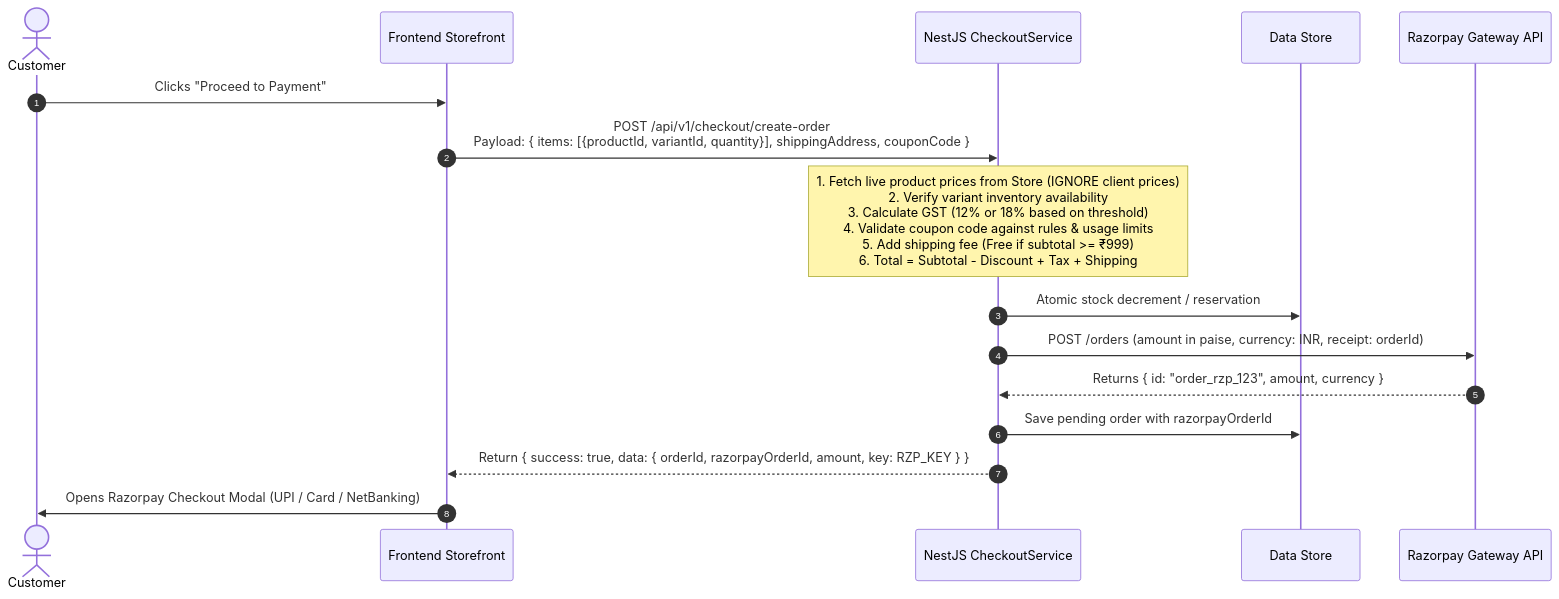
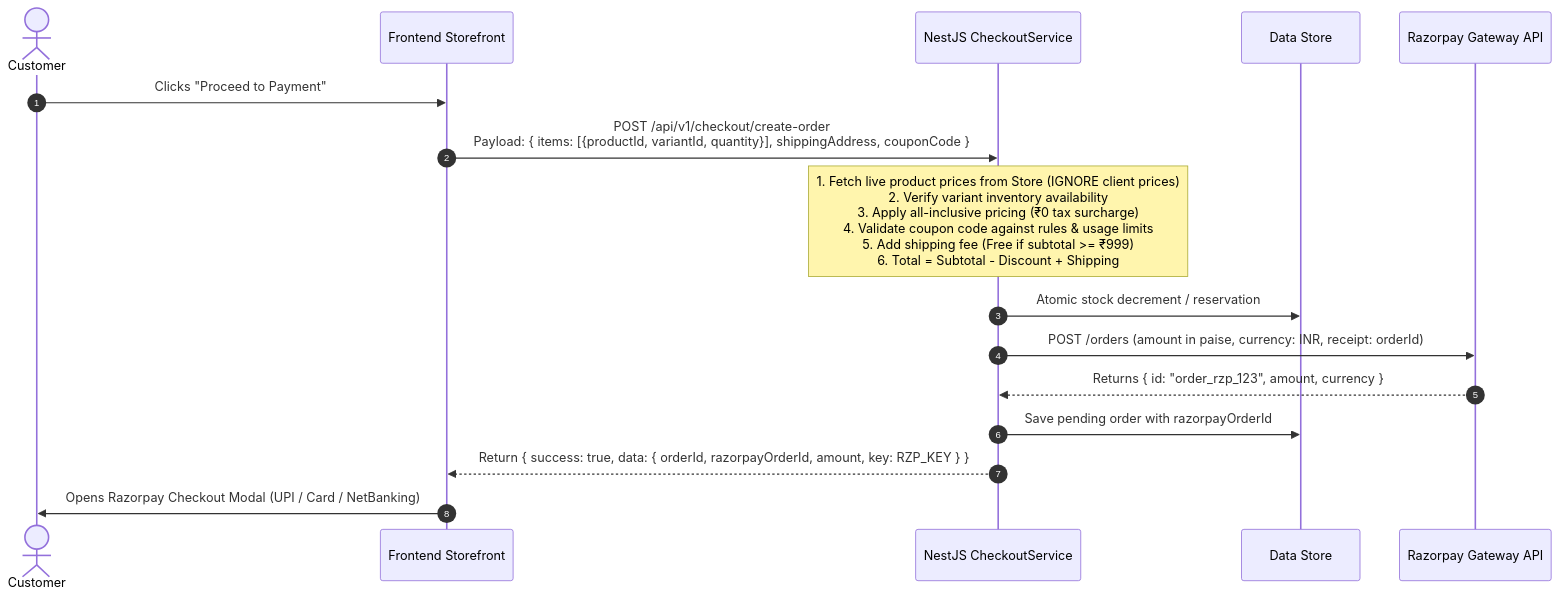
The third of 5 diagrams in architecture.md (maniprasad76/Bingooo), drawn with Mermaid before and after one commit. The commit also changed 24 other files, not shown here.

Commit message:
feat(commerce): remove GST tax surcharges and switch to all-inclusive pricing

````diff
--- a/architecture.md
+++ b/architecture.md
@@ -282,19 +282,19 @@
 ```mermaid
 sequenceDiagram
     autonumber
     actor User as Customer
     participant Front as Frontend Storefront
     participant API as NestJS CheckoutService
     participant Store as Data Store
     participant RZP as Razorpay Gateway API
 
     User->>Front: Clicks "Proceed to Payment"
     Front->>API: POST /api/v1/checkout/create-order<br/>Payload: { items: [{productId, variantId, quantity}], shippingAddress, couponCode }
-    Note over API: 1. Fetch live product prices from Store (IGNORE client prices)<br/>2. Verify variant inventory availability<br/>3. Calculate GST (12% or 18% based on threshold)<br/>4. Validate coupon code against rules & usage limits<br/>5. Add shipping fee (Free if subtotal >= ₹999)<br/>6. Total = Subtotal - Discount + Tax + Shipping
+    Note over API: 1. Fetch live product prices from Store (IGNORE client prices)<br/>2. Verify variant inventory availability<br/>3. Apply all-inclusive pricing (₹0 tax surcharge)<br/>4. Validate coupon code against rules & usage limits<br/>5. Add shipping fee (Free if subtotal >= ₹999)<br/>6. Total = Subtotal - Discount + Shipping
     API->>Store: Atomic stock decrement / reservation
     API->>RZP: POST /orders (amount in paise, currency: INR, receipt: orderId)
     RZP-->>API: Returns { id: "order_rzp_123", amount, currency }
     API->>Store: Save pending order with razorpayOrderId
     API-->>Front: Return { success: true, data: { orderId, razorpayOrderId, amount, key: RZP_KEY } }
     Front->>User: Opens Razorpay Checkout Modal (UPI / Card / NetBanking)
 ```
````
